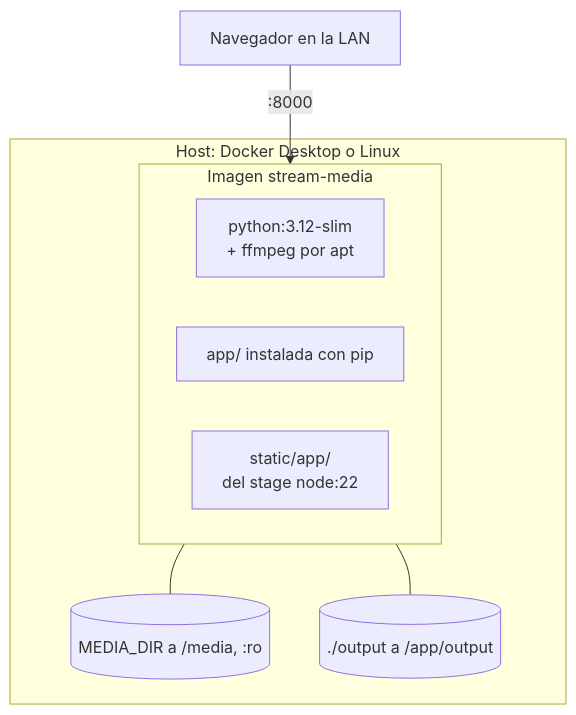
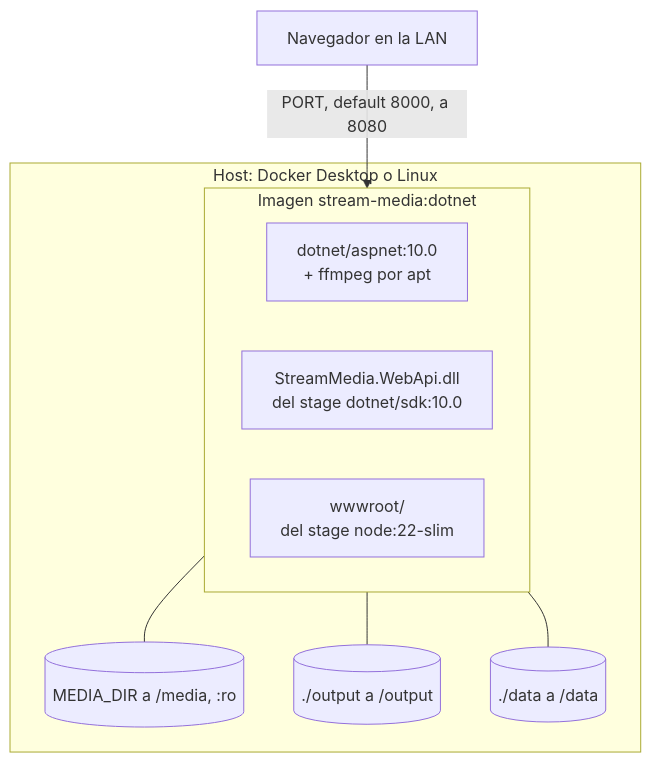
Diagram 13 of 15 in system_arquitecture.md (Juan045/home-stream-app), drawn with Mermaid before and after one commit. The commit also changed other lines of this file and 8 other files, not shown here.

````diff
--- a/system_arquitecture.md
+++ b/system_arquitecture.md
@@ -530,15 +643,17 @@
 ```mermaid
 flowchart TB
     subgraph host["Host: Docker Desktop o Linux"]
-        subgraph img["Imagen stream-media"]
-            PY["python:3.12-slim<br/>+ ffmpeg por apt"]
-            APP["app/ instalada con pip"]
-            BUNDLE["static/app/<br/>del stage node:22"]
+        subgraph img["Imagen stream-media:dotnet"]
+            RT["dotnet/aspnet:10.0<br/>+ ffmpeg por apt"]
+            APP["StreamMedia.WebApi.dll<br/>del stage dotnet/sdk:10.0"]
+            WWW["wwwroot/<br/>del stage node:22-slim"]
         end
         V1[("MEDIA_DIR a /media, :ro")]
-        V2[("./output a /app/output")]
+        V2[("./output a /output")]
+        V3[("./data a /data")]
     end
-    CLI["Navegador en la LAN"] -->|":8000"| img
+    CLI["Navegador en la LAN"] -->|"PORT, default 8000, a 8080"| img
     img --- V1
     img --- V2
+    img --- V3
 ```
````
